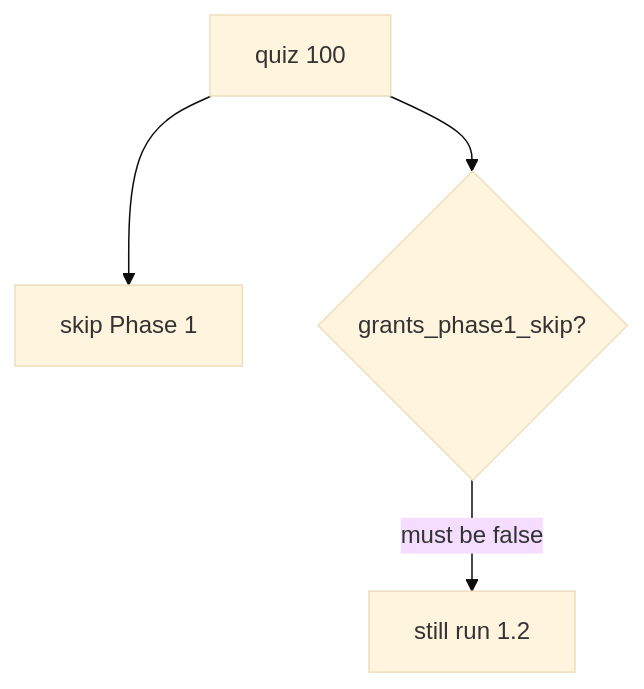
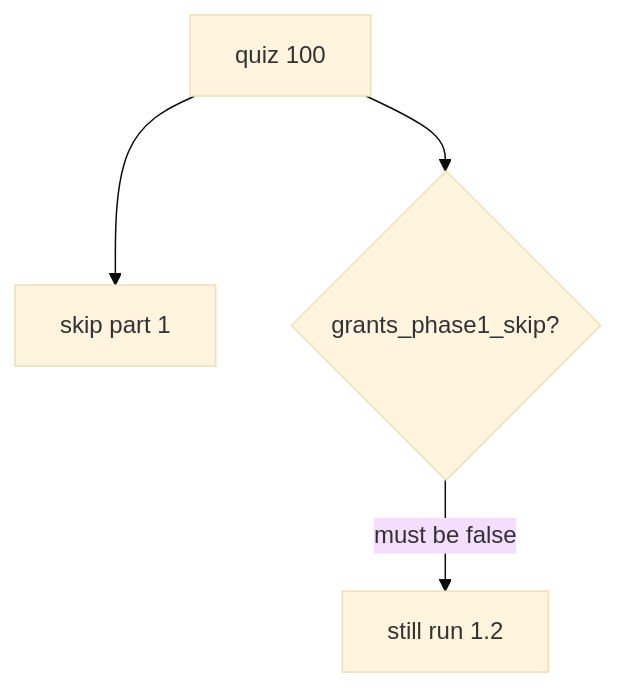
The first of 2 diagrams in content/modules/0/0.2/lessons/01-property.md (ishitvagoel/LearnSecurity), drawn with Mermaid (base theme) before and after one commit. The commit also changed other lines of this file and 44 other files, not shown here.

````diff
--- a/content/modules/0/0.2/lessons/01-property.md
+++ b/content/modules/0/0.2/lessons/01-property.md
@@ -19,6 +19,6 @@
 ```mermaid
 flowchart TD
-  Score[quiz 100] --> Belief[skip Phase 1]
+  Score[quiz 100] --> Belief[skip part 1]
   Score --> Gate{"grants_phase1_skip?"}
   Gate -->|must be false| Lab["still run 1.2"]
 ```
````
